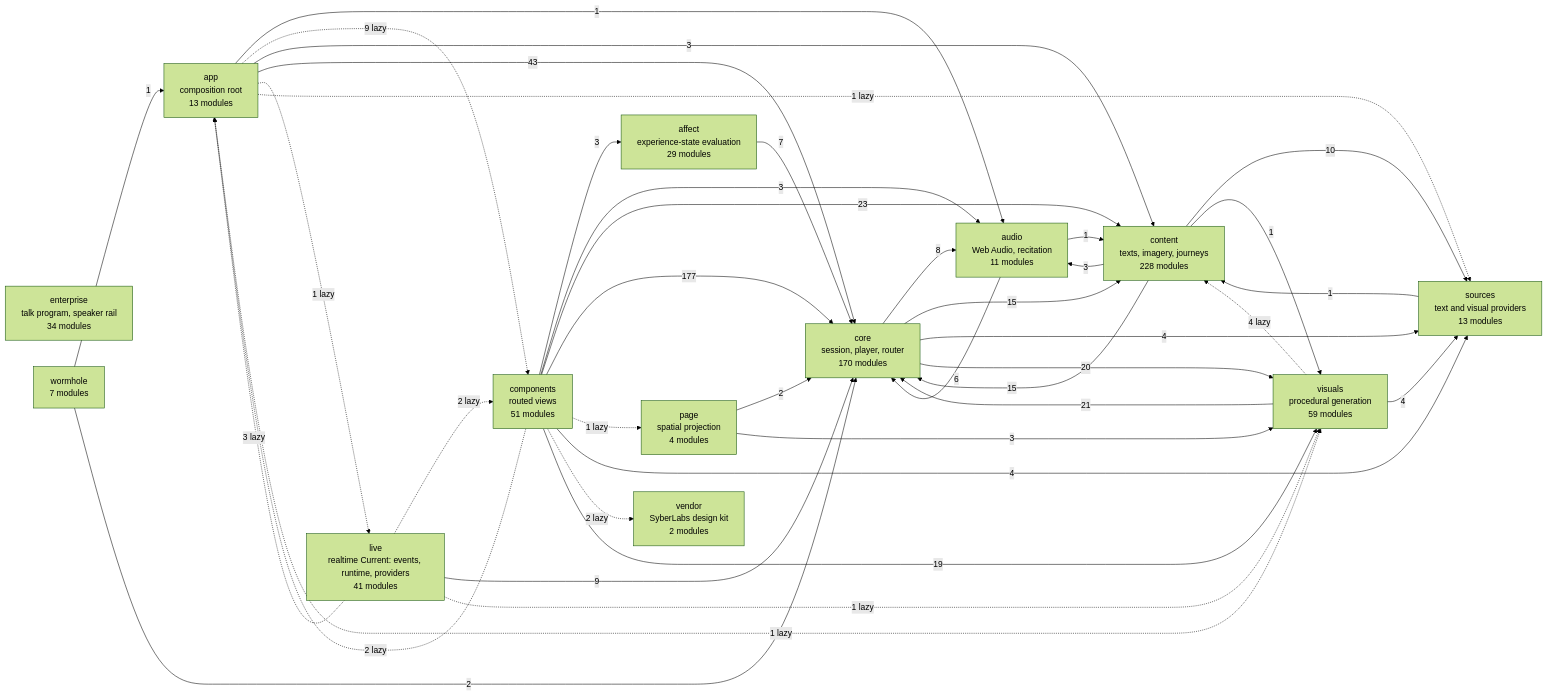
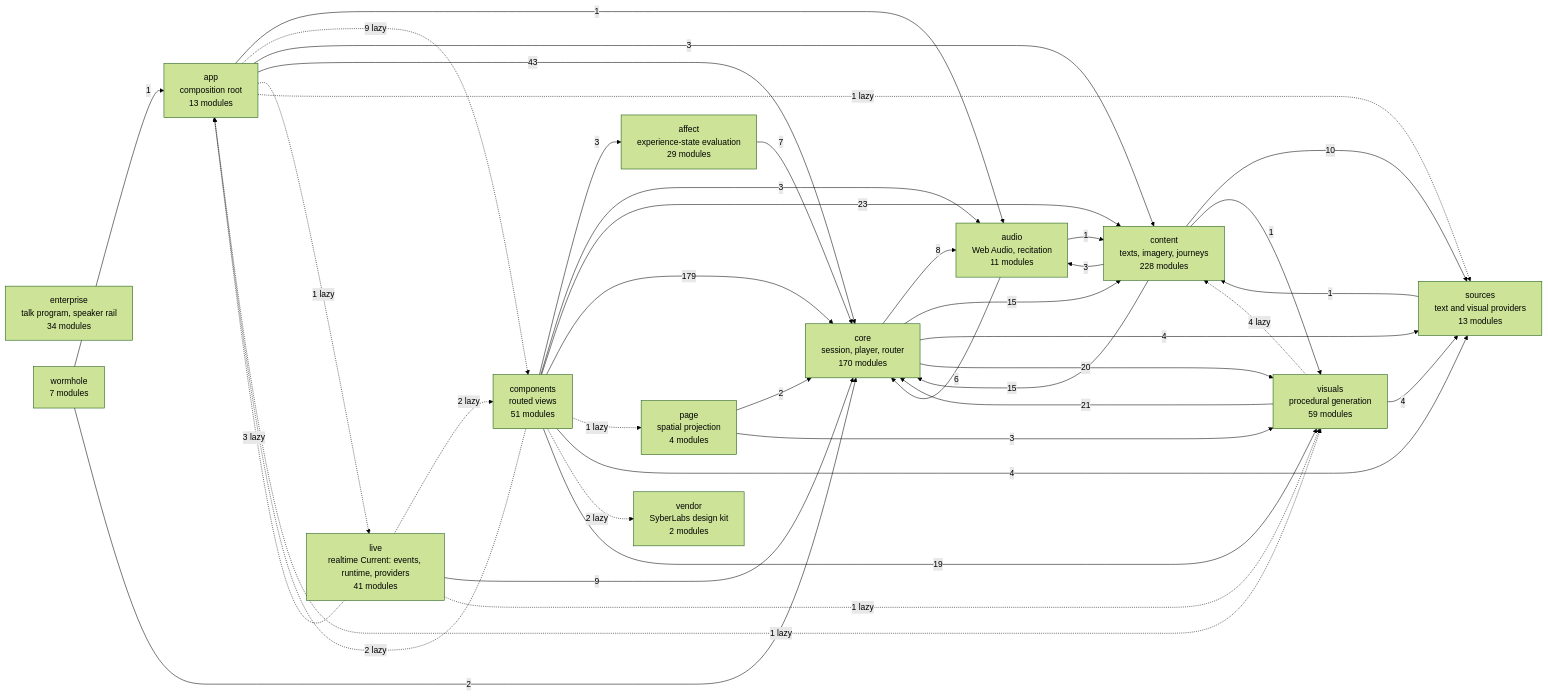
The diagram in docs/specs/ARCHITECTURE.md (SyberLabs/RISE), drawn with Mermaid (forest theme) before and after one commit.

Commit message:
Regenerate the architecture diagram for Home's theme import

````diff
--- a/docs/specs/ARCHITECTURE.md
+++ b/docs/specs/ARCHITECTURE.md
@@ -154,56 +154,56 @@
 ```mermaid
 flowchart LR
     affect["affect<br/>experience-state evaluation<br/>29 modules"]
     app["app<br/>composition root<br/>13 modules"]
     audio["audio<br/>Web Audio, recitation<br/>11 modules"]
     components["components<br/>routed views<br/>51 modules"]
     content["content<br/>texts, imagery, journeys<br/>228 modules"]
     core["core<br/>session, player, router<br/>170 modules"]
     enterprise["enterprise<br/>talk program, speaker rail<br/>34 modules"]
     live["live<br/>realtime Current: events, runtime, providers<br/>41 modules"]
     page["page<br/>spatial projection<br/>4 modules"]
     sources["sources<br/>text and visual providers<br/>13 modules"]
     vendor["vendor<br/>SyberLabs design kit<br/>2 modules"]
     visuals["visuals<br/>procedural generation<br/>59 modules"]
     wormhole["wormhole<br/>7 modules"]
 
     affect --> |7| core
     app --> |1| audio
     app -.-> |9 lazy| components
     app --> |3| content
     app --> |43| core
     app -.-> |1 lazy| live
     app -.-> |1 lazy| sources
     app -.-> |1 lazy| visuals
     audio --> |1| content
     audio --> |6| core
     components --> |3| affect
     components -.-> |2 lazy| app
     components --> |3| audio
     components --> |23| content
-    components --> |177| core
+    components --> |179| core
     components -.-> |1 lazy| page
     components --> |4| sources
     components -.-> |2 lazy| vendor
     components --> |19| visuals
     content --> |3| audio
     content --> |15| core
     content --> |10| sources
     content --> |1| visuals
     core --> |8| audio
     core --> |15| content
     core --> |4| sources
     core --> |20| visuals
     live -.-> |3 lazy| app
     live -.-> |2 lazy| components
     live --> |9| core
     live -.-> |1 lazy| visuals
     page --> |2| core
     page --> |3| visuals
     sources --> |1| content
     visuals -.-> |4 lazy| content
     visuals --> |21| core
     visuals --> |4| sources
     wormhole --> |1| app
     wormhole --> |2| core
 ```
````
